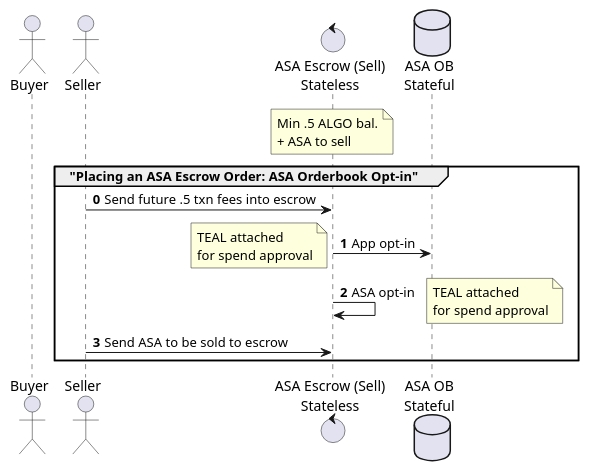
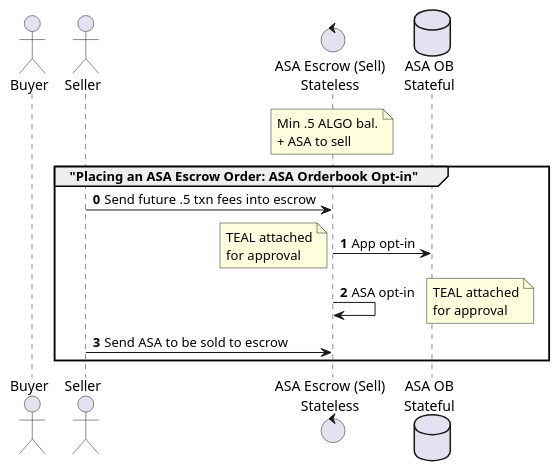
Before and after one commit to algodex/algodex-architecture: the diagram in diagrams/asa_escrow_place_order.puml, drawn with PlantUML. The commit also changed 16 other files, not shown here.

Commit message:
Update architecture notes and diagrams

```diff
--- a/diagrams/asa_escrow_place_order.puml
+++ b/diagrams/asa_escrow_place_order.puml
@@ -1,18 +1,18 @@
 @startuml
 actor Buyer
 actor Seller
 control "ASA Escrow (Sell)\nStateless" as ASAEscrow
 database "ASA OB\nStateful" as ASAOB
 note over ASAEscrow: Min .5 ALGO bal.\n+ ASA to sell
 
 group "Placing an ASA Escrow Order: ASA Orderbook Opt-in"
 autonumber 0
 Seller -> ASAEscrow: Send future .5 txn fees into escrow
 ASAEscrow -> ASAOB: App opt-in
-note left: TEAL attached\nfor spend approval
+note left: TEAL attached\nfor approval
 ASAEscrow -> ASAEscrow: ASA opt-in
-note right: TEAL attached\nfor spend approval
+note right: TEAL attached\nfor approval
 Seller -> ASAEscrow: Send ASA to be sold to escrow
 end
 
 @enduml
```
